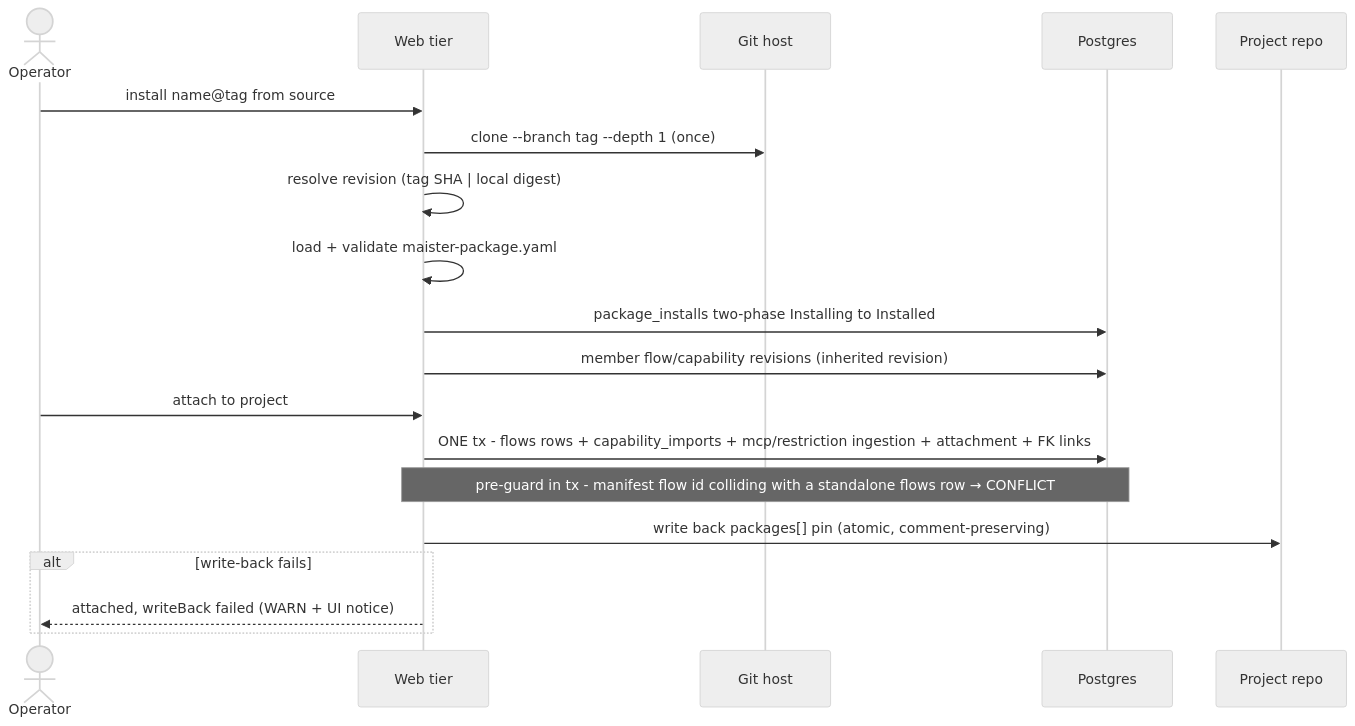
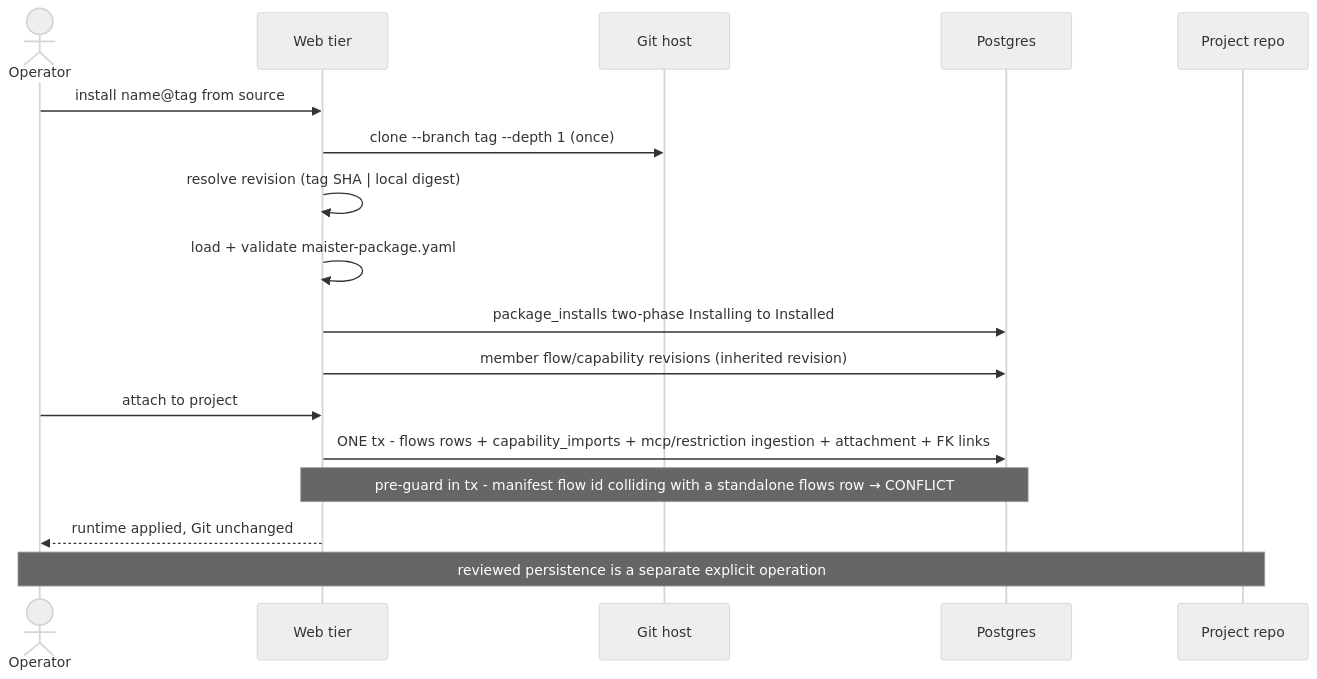
Before and after one commit to maister-dev/maister: the third of 3 diagrams in docs/system-analytics/packages.md, drawn with Mermaid (neutral theme). The commit also changed other lines of this file and 33 other files, not shown here.

````diff
--- a/docs/system-analytics/packages.md
+++ b/docs/system-analytics/packages.md
@@ -143,22 +142,20 @@
 ```mermaid
 sequenceDiagram
     actor U as Operator
     participant W as Web tier
     participant G as Git host
     participant DB as Postgres
     participant FS as Project repo
 
     U->>W: install name@tag from source
     W->>G: clone --branch tag --depth 1 (once)
     W->>W: resolve revision (tag SHA | local digest)
     W->>W: load + validate maister-package.yaml
     W->>DB: package_installs two-phase Installing to Installed
     W->>DB: member flow/capability revisions (inherited revision)
     U->>W: attach to project
     W->>DB: ONE tx - flows rows + capability_imports + mcp/restriction ingestion + attachment + FK links
     Note over W,DB: pre-guard in tx - manifest flow id colliding with a standalone flows row → CONFLICT
-    W->>FS: write back packages[] pin (atomic, comment-preserving)
-    alt write-back fails
-        W-->>U: attached, writeBack failed (WARN + UI notice)
-    end
+    W-->>U: runtime applied, Git unchanged
+    Note over U,FS: reviewed persistence is a separate explicit operation
 ```
````
